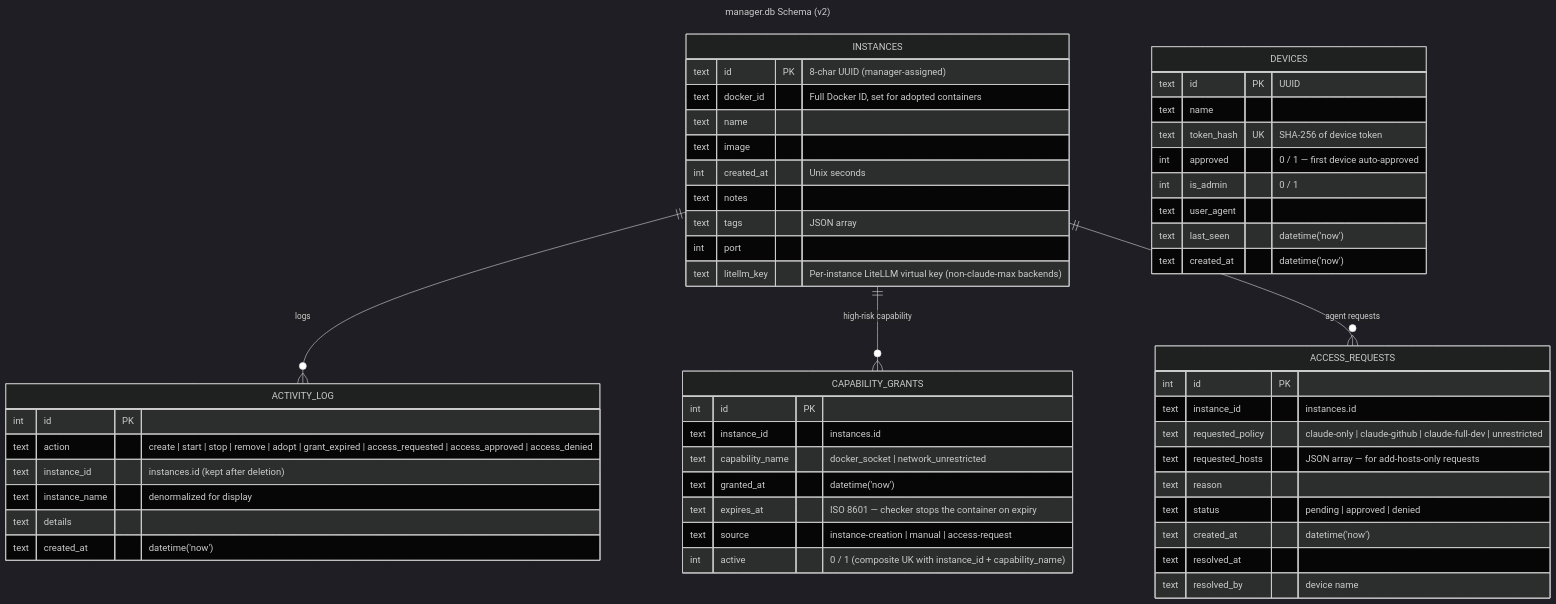
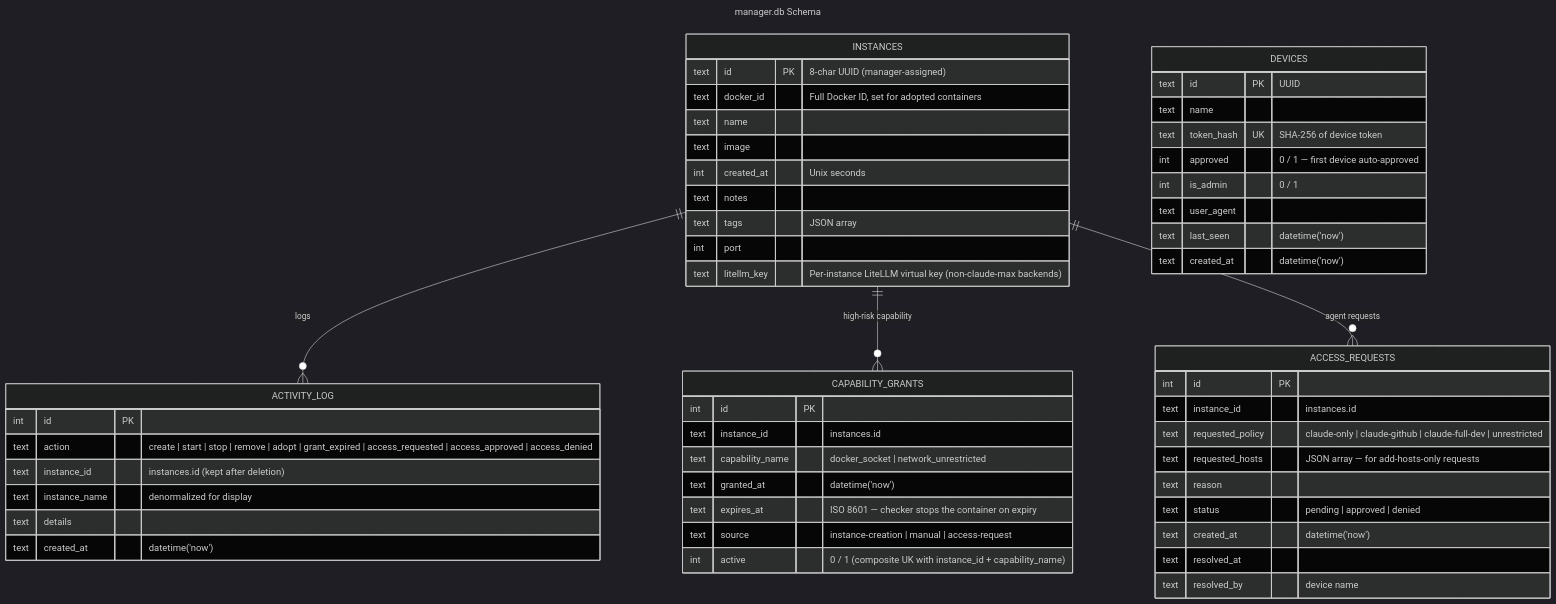
Before and after one commit to FrederikLeed/claude-manager-public: the diagram in docs/diagrams/schema.mmd, drawn with Mermaid (dark theme). The commit also changed 20 other files, not shown here.

```diff
--- a/docs/diagrams/schema.mmd
+++ b/docs/diagrams/schema.mmd
@@ -1,56 +1,56 @@
 ---
-title: manager.db Schema (v2)
+title: manager.db Schema
 ---
 erDiagram
   INSTANCES ||--o{ ACTIVITY_LOG : "logs"
   INSTANCES ||--o{ CAPABILITY_GRANTS : "high-risk capability"
   INSTANCES ||--o{ ACCESS_REQUESTS : "agent requests"
   INSTANCES {
     text id           PK "8-char UUID (manager-assigned)"
     text docker_id       "Full Docker ID, set for adopted containers"
     text name
     text image
     int  created_at      "Unix seconds"
     text notes
     text tags            "JSON array"
     int  port
     text litellm_key     "Per-instance LiteLLM virtual key (non-claude-max backends)"
   }
   DEVICES {
     text id           PK "UUID"
     text name
     text token_hash   UK "SHA-256 of device token"
     int  approved        "0 / 1 — first device auto-approved"
     int  is_admin        "0 / 1"
     text user_agent
     text last_seen       "datetime('now')"
     text created_at      "datetime('now')"
   }
   ACTIVITY_LOG {
     int  id           PK
     text action          "create | start | stop | remove | adopt | grant_expired | access_requested | access_approved | access_denied"
     text instance_id     "instances.id (kept after deletion)"
     text instance_name   "denormalized for display"
     text details
     text created_at      "datetime('now')"
   }
   CAPABILITY_GRANTS {
     int  id              PK
     text instance_id     "instances.id"
     text capability_name "docker_socket | network_unrestricted"
     text granted_at      "datetime('now')"
     text expires_at      "ISO 8601 — checker stops the container on expiry"
     text source          "instance-creation | manual | access-request"
     int  active          "0 / 1 (composite UK with instance_id + capability_name)"
   }
   ACCESS_REQUESTS {
     int  id              PK
     text instance_id     "instances.id"
     text requested_policy "claude-only | claude-github | claude-full-dev | unrestricted"
     text requested_hosts "JSON array — for add-hosts-only requests"
     text reason
     text status          "pending | approved | denied"
     text created_at      "datetime('now')"
     text resolved_at
     text resolved_by     "device name"
   }
```
